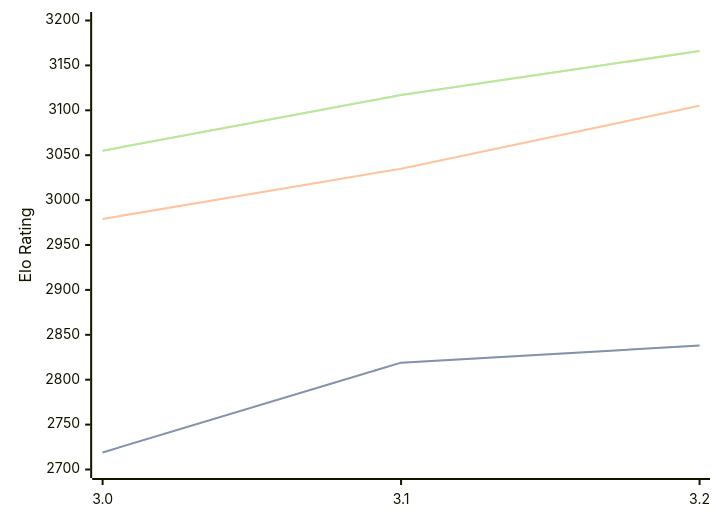
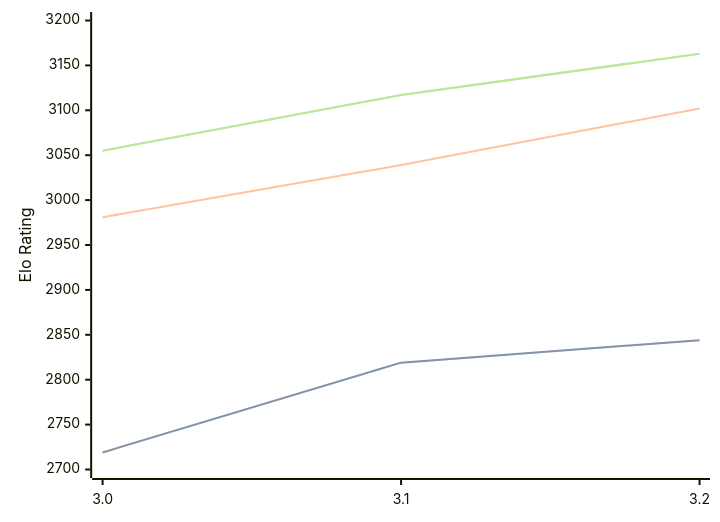
The diagram in engines/Vajolet2.md (computer-chess-index/cci), drawn with Mermaid before and after one commit. The commit also changed other lines of this file, not shown here.

Commit message:
Update CCI Ratings (ELO VLTC) - 2026-05-21

````diff
--- a/engines/Vajolet2.md
+++ b/engines/Vajolet2.md
@@ -41,11 +41,11 @@
 ```mermaid
 %%{init: {"theme":"base","themeVariables":{"seriesColors:['#a3a3a3','#222221','#faa371']}}}%%
 xychart-beta
   x-axis ["3.0", "3.1", "3.2"]
   y-axis "Elo Rating" 2700 --> 3200
-  line "STC (8.0+0.08s)" [2719, 2819, 2838]
-  line "STC (8.0+0.08s)" [2719, 2819, 2838]
-  line "LTC (60.0+0.60s)" [2979, 3035, 3105]
-  line "VLTC (2m24s+1.12s)" [3055, 3117, 3166]
-  line "VLTC (2m24s+1.12s)" [3055, 3117, 3166]
+  line "STC (8.0+0.08s)" [2719, 2819, 2844]
+  line "STC (8.0+0.08s)" [2719, 2819, 2844]
+  line "LTC (60.0+0.60s)" [2981, 3039, 3102]
+  line "VLTC (2m24s+1.12s)" [3055, 3117, 3163]
+  line "VLTC (2m24s+1.12s)" [3055, 3117, 3163]
 ```
````
